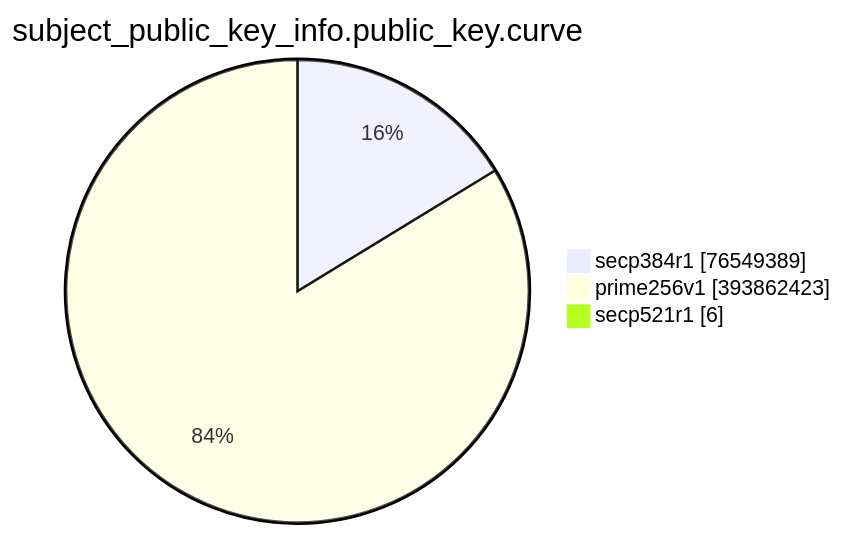
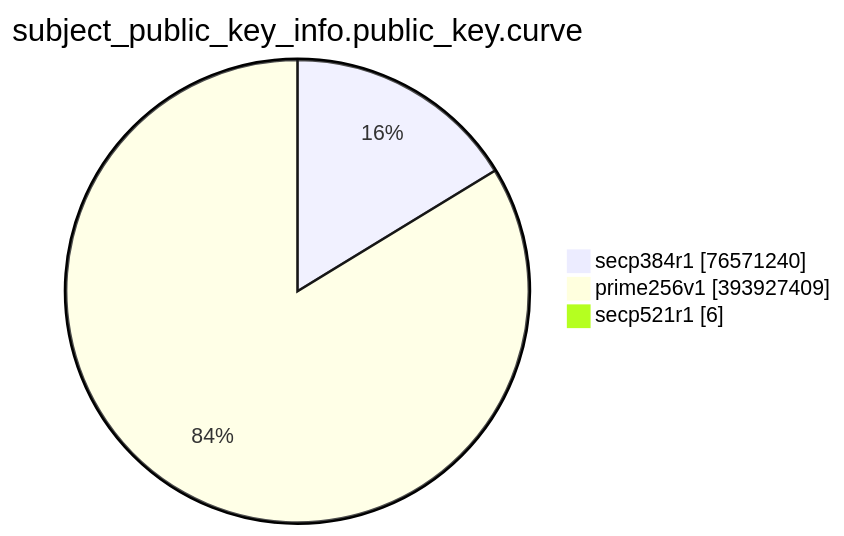
The eighth of 15 diagrams in TOTAL/README.md (christiankrug/ctmonitor_visualization), drawn with Mermaid before and after one commit. The commit also changed other lines of this file, not shown here.

````diff
--- a/TOTAL/README.md
+++ b/TOTAL/README.md
@@ -3094,7 +3094,7 @@
 ```mermaid
 pie showData
 title subject_public_key_info.public_key.curve
-"secp384r1" :76549389
-"prime256v1" :393862423
+"secp384r1" :76571240
+"prime256v1" :393927409
 "secp521r1" :6
 ```
````
